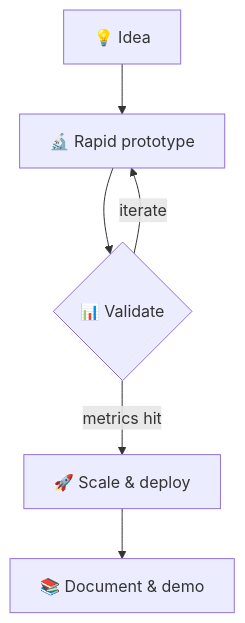
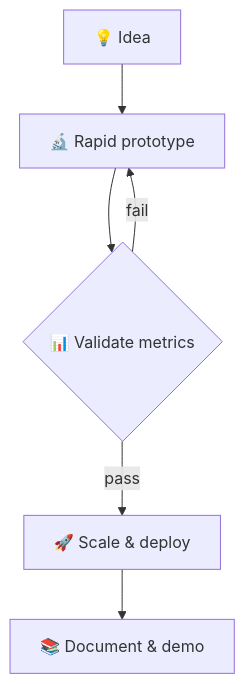
The diagram in README.md (vrk7/vrk7), drawn with Mermaid before and after one commit. The commit also changed other lines of this file, not shown here.

````diff
--- a/README.md
+++ b/README.md
@@ -121,8 +127,8 @@
 ```mermaid
 flowchart TD
   A[💡 Idea] --> B[🔬 Rapid prototype]
-  B --> C{📊 Validate}
-  C -- metrics hit --> D[🚀 Scale & deploy]
-  C -- iterate --> B
+  B --> C{📊 Validate metrics}
+  C -- pass --> D[🚀 Scale & deploy]
+  C -- fail --> B
   D --> E[📚 Document & demo]
 ```
````
